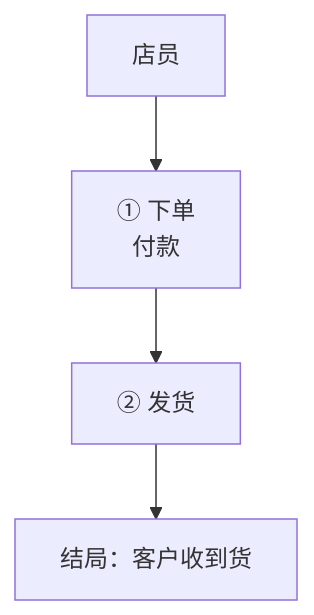
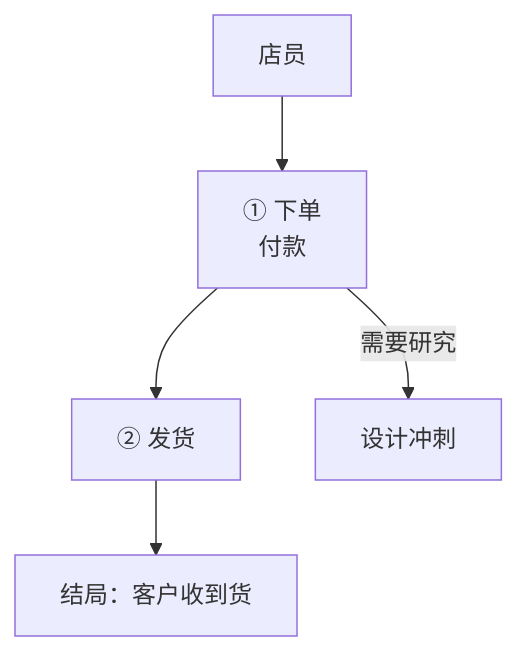
One commit to seapawn1/IDEO-Scrum changed the diagram in scripts/board_check/fixtures/acme/scrum/ProductBacklog.md. Above: the diagram before and after it, drawn with Mermaid. The commit also changed 12 other files, not shown here.

````diff
--- a/scripts/board_check/fixtures/acme/scrum/ProductBacklog.md
+++ b/scripts/board_check/fixtures/acme/scrum/ProductBacklog.md
@@ -23,6 +23,7 @@
 ```mermaid
 flowchart TD
     U["店员"] --> A["① 下单<br/>付款"]
     A --> B["② 发货"]
     B --> E["结局：客户收到货"]
+    A -- "需要研究" --> D["设计冲刺"]
 ```
````
